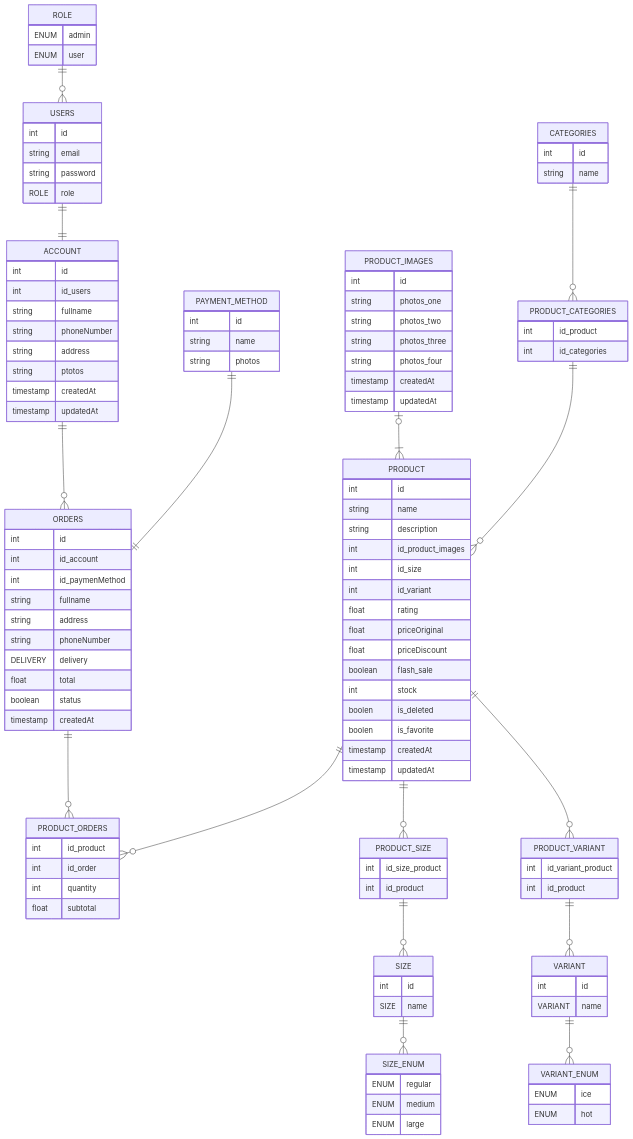
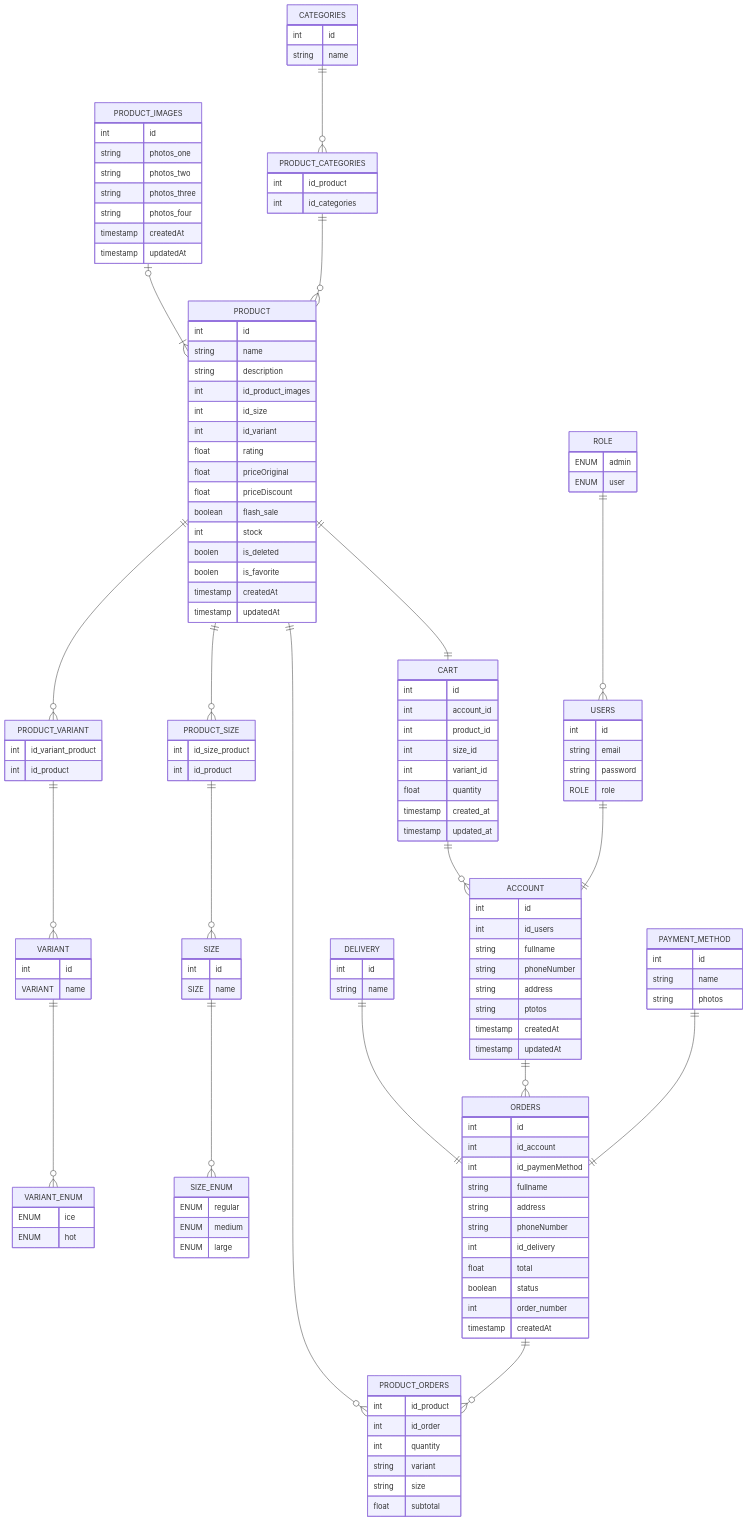
The diagram in README.md (federus1105/koda-b4-backend), drawn with Mermaid before and after one commit.

Commit message:
Feat ( readme ) : updated table erd project coffeshop

````diff
--- a/README.md
+++ b/README.md
@@ -63,6 +63,11 @@
     int id_product
 }
 
+DELIVERY{
+    int id
+    string name
+}
+
 ORDERS {
     int id
     int id_account
@@ -70,9 +75,10 @@
     string fullname
     string address
     string phoneNumber
-    DELIVERY delivery
+    int id_delivery
     float total
     boolean status 
+    int order_number
     timestamp createdAt
 }
 
@@ -124,7 +130,20 @@
    int id_product
    int id_order
    int quantity
+   string variant
+   string size
    float subtotal
+}
+
+CART {
+    int id
+    int account_id
+    int product_id
+    int size_id
+    int variant_id
+    float quantity
+    timestamp created_at
+    timestamp updated_at
 }
 
 
@@ -151,4 +170,10 @@
     PRODUCT ||--o{PRODUCT_SIZE:""
     PRODUCT ||--o{PRODUCT_VARIANT:""
 
+    DELIVERY ||--||ORDERS:""
+
+    CART||--o{ACCOUNT:""
+    PRODUCT||--||CART:""
+
+
 ```
````
